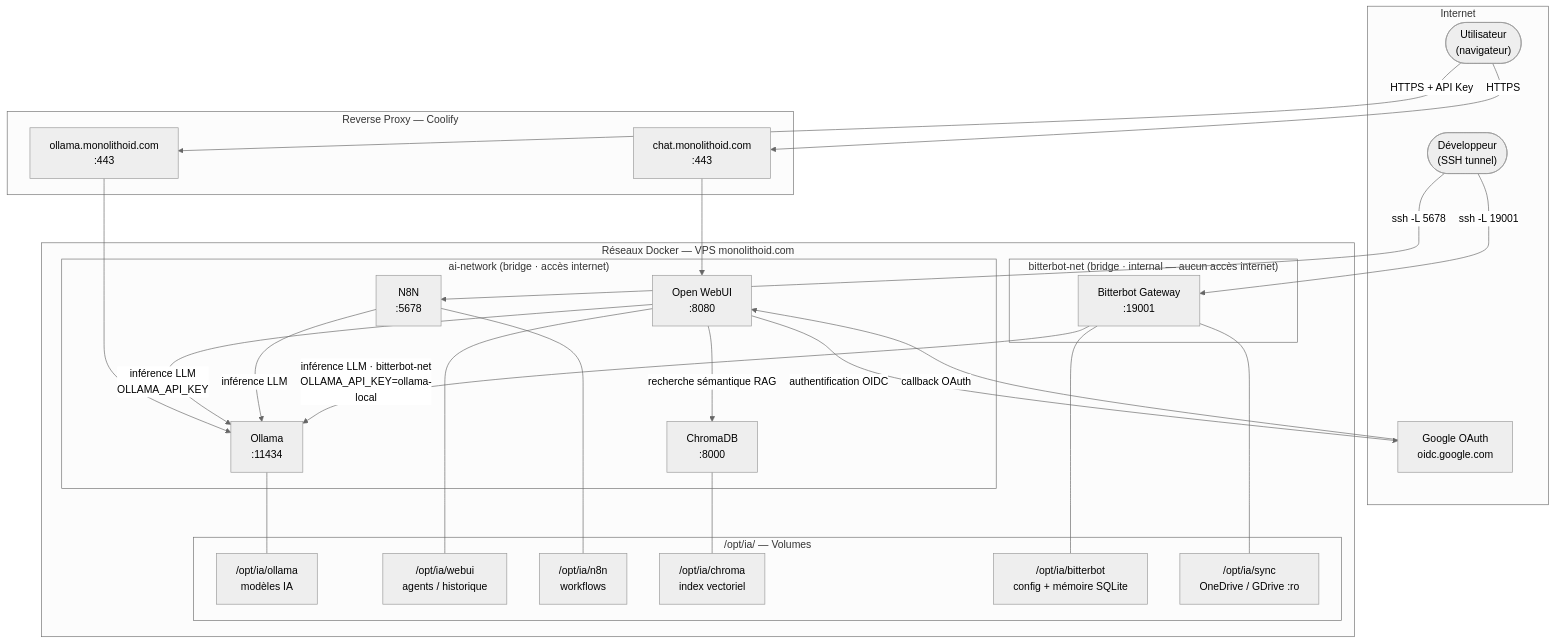
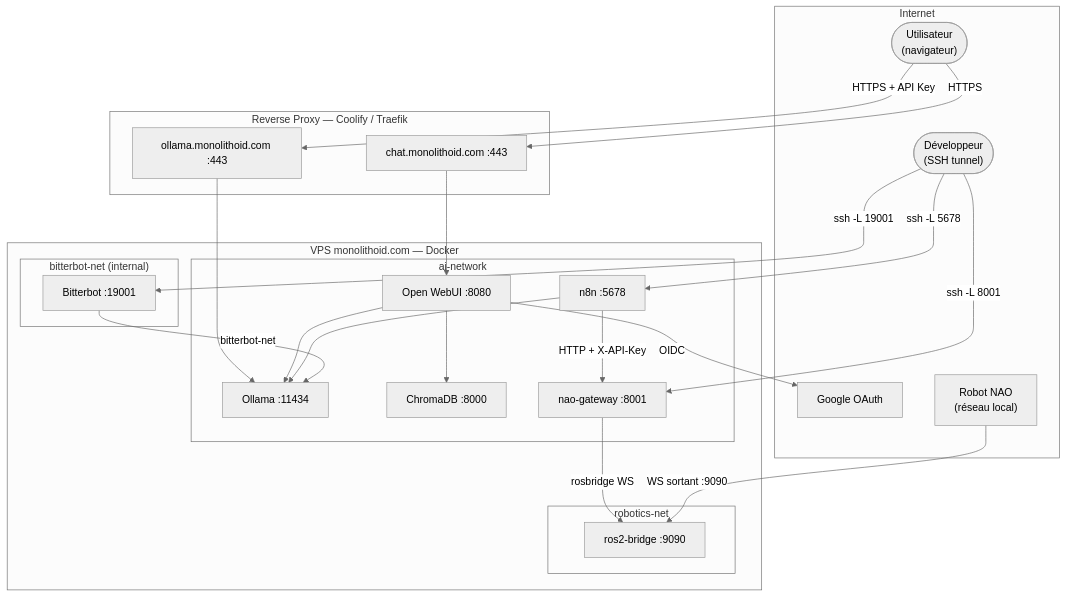
The diagram in README.md (Monolithoid/ia-agent), drawn with Mermaid (neutral theme) before and after one commit. The commit also changed other lines of this file, not shown here.

First line of the commit message:
docs: réécriture complète du README pour Coolify

````diff
--- a/README.md
+++ b/README.md
@@ -7,58 +7,47 @@
 ```mermaid
 flowchart TB
     subgraph Internet
         User(["Utilisateur\n(navigateur)"])
-        DevSSH(["Développeur\n(SSH tunnel)"])
-        Google["Google OAuth\noidc.google.com"]
+        Dev(["Développeur\n(SSH tunnel)"])
+        Google["Google OAuth"]
+        NAO["Robot NAO\n(réseau local)"]
     end
 
-    subgraph Coolify["Reverse Proxy — Coolify"]
-        RP_Chat["chat.monolithoid.com\n:443"]
-        RP_Ollama["ollama.monolithoid.com\n:443"]
+    subgraph Coolify["Reverse Proxy — Coolify / Traefik"]
+        RP_Chat["chat.monolithoid.com :443"]
+        RP_Ollama["ollama.monolithoid.com :443"]
     end
 
-    subgraph Docker["Réseaux Docker — VPS monolithoid.com"]
-        subgraph aiNet["ai-network (bridge · accès internet)"]
-            WebUI["Open WebUI\n:8080"]
-            Ollama["Ollama\n:11434"]
-            N8N["N8N\n:5678"]
-            Chroma["ChromaDB\n:8000"]
+    subgraph Docker["VPS monolithoid.com — Docker"]
+        subgraph aiNet["ai-network"]
+            WebUI["Open WebUI :8080"]
+            Ollama["Ollama :11434"]
+            N8N["n8n :5678"]
+            Chroma["ChromaDB :8000"]
+            Gateway["nao-gateway :8001"]
         end
 
-        subgraph bbNet["bitterbot-net (bridge · internal — aucun accès internet)"]
-            Bitterbot["Bitterbot Gateway\n:19001"]
+        subgraph bbNet["bitterbot-net (internal)"]
+            Bitterbot["Bitterbot :19001"]
         end
 
-        subgraph Volumes["/opt/ia/ — Volumes"]
-            V_Ollama["/opt/ia/ollama\nmodèles IA"]
-            V_WebUI["/opt/ia/webui\nagents / historique"]
-            V_N8N["/opt/ia/n8n\nworkflows"]
-            V_Chroma["/opt/ia/chroma\nindex vectoriel"]
-            V_BB["/opt/ia/bitterbot\nconfig + mémoire SQLite"]
-            V_Sync["/opt/ia/sync\nOneDrive / GDrive :ro"]
+        subgraph robotNet["robotics-net"]
+            ROS["ros2-bridge :9090"]
         end
     end
 
-    User -->|HTTPS| RP_Chat
-    User -->|HTTPS + API Key| RP_Ollama
-    DevSSH -->|"ssh -L 5678"| N8N
-    DevSSH -->|"ssh -L 19001"| Bitterbot
+    User -->|HTTPS| RP_Chat --> WebUI
+    User -->|HTTPS + API Key| RP_Ollama --> Ollama
+    Dev -->|"ssh -L 5678"| N8N
+    Dev -->|"ssh -L 19001"| Bitterbot
+    Dev -->|"ssh -L 8001"| Gateway
 
-    RP_Chat --> WebUI
-    RP_Ollama --> Ollama
+    WebUI -->|OIDC| Google
+    WebUI --> Ollama & Chroma
+    N8N --> Ollama
+    N8N -->|"HTTP + X-API-Key"| Gateway
+    Bitterbot -->|bitterbot-net| Ollama
 
-    WebUI -->|"authentification OIDC"| Google
-    Google -->|"callback OAuth"| WebUI
-
-    WebUI -->|"inférence LLM\nOLLAMA_API_KEY"| Ollama
-    WebUI -->|"recherche sémantique RAG"| Chroma
-    N8N -->|"inférence LLM"| Ollama
-    Bitterbot -->|"inférence LLM · bitterbot-net\nOLLAMA_API_KEY=ollama-local"| Ollama
-
-    Ollama --- V_Ollama
-    WebUI --- V_WebUI
-    N8N --- V_N8N
-    Chroma --- V_Chroma
-    Bitterbot --- V_BB
-    Bitterbot --- V_Sync
+    Gateway -->|rosbridge WS| ROS
+    NAO -->|"WS sortant :9090"| ROS
 ```
````
